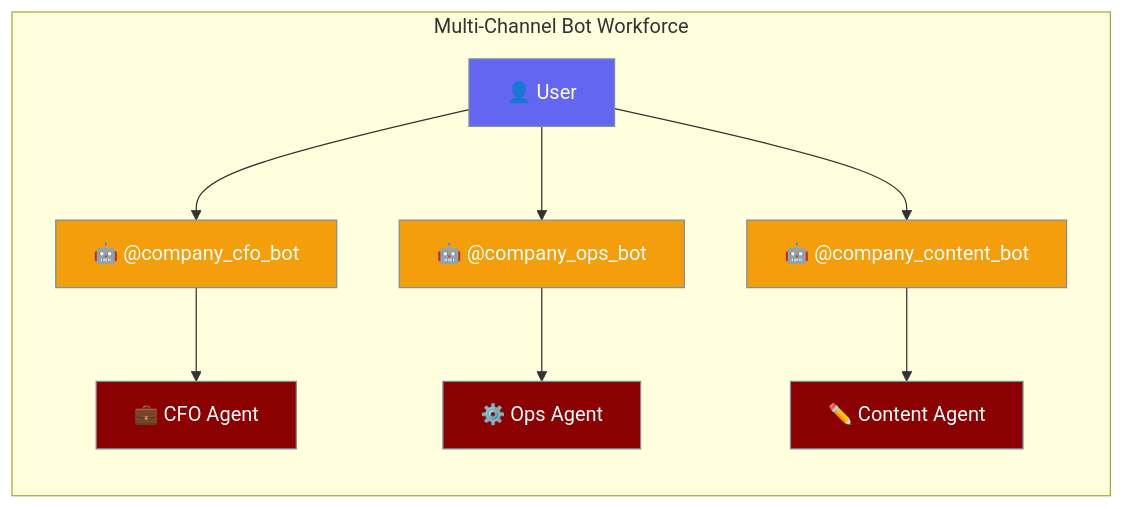
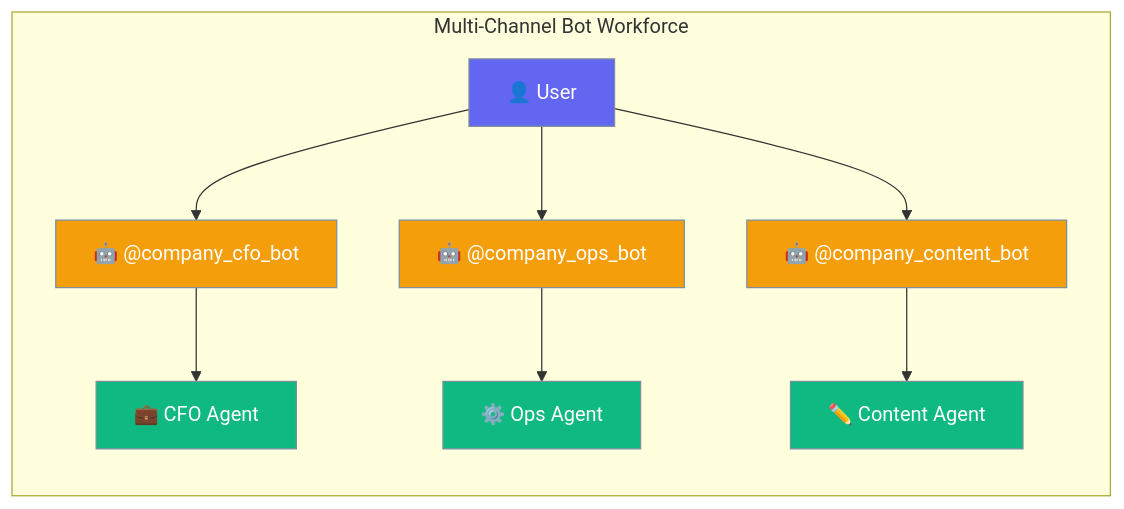
Before and after one commit to MervinPraison/PraisonAIDocs: the first of 3 diagrams in docs/features/multi-channel-bots.mdx, drawn with Mermaid. The commit also changed 341 other files, not shown here.

First line of the commit message:
docs: fix systemic Mermaid duplicate classDef and broken code blocks in docs/features/ (fixes #1357)

````diff
--- a/docs/features/multi-channel-bots.mdx
+++ b/docs/features/multi-channel-bots.mdx
@@ -18,21 +18,19 @@
 ```mermaid
 graph LR
     subgraph "Multi-Channel Bot Workforce"
         User[👤 User] --> CFO[🤖 @company_cfo_bot]
         User --> Ops[🤖 @company_ops_bot]
         User --> Content[🤖 @company_content_bot]
         CFO --> CFOAgent[💼 CFO Agent]
         Ops --> OpsAgent[⚙️ Ops Agent]
         Content --> ContentAgent[✏️ Content Agent]
     end
     
     classDef user fill:#6366F1,stroke:#7C90A0,color:#fff
     classDef bot fill:#F59E0B,stroke:#7C90A0,color:#fff
     classDef agent fill:#10B981,stroke:#7C90A0,color:#fff
     
     class User user
     class CFO,Ops,Content bot
     class CFOAgent,OpsAgent,ContentAgent agent
-    classDef agent fill:#8B0000,color:#fff
-    classDef tool fill:#189AB4,color:#fff
 ```
````
